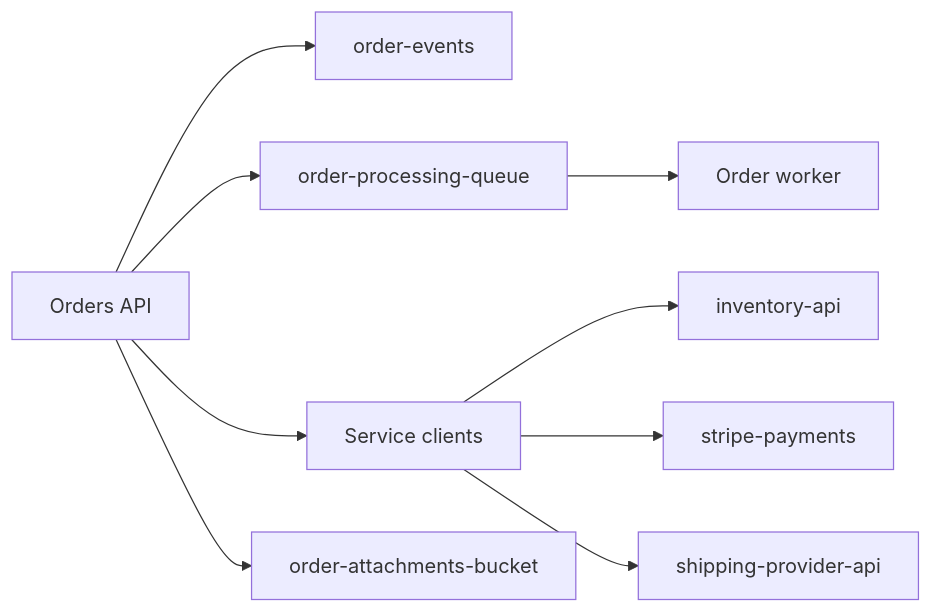
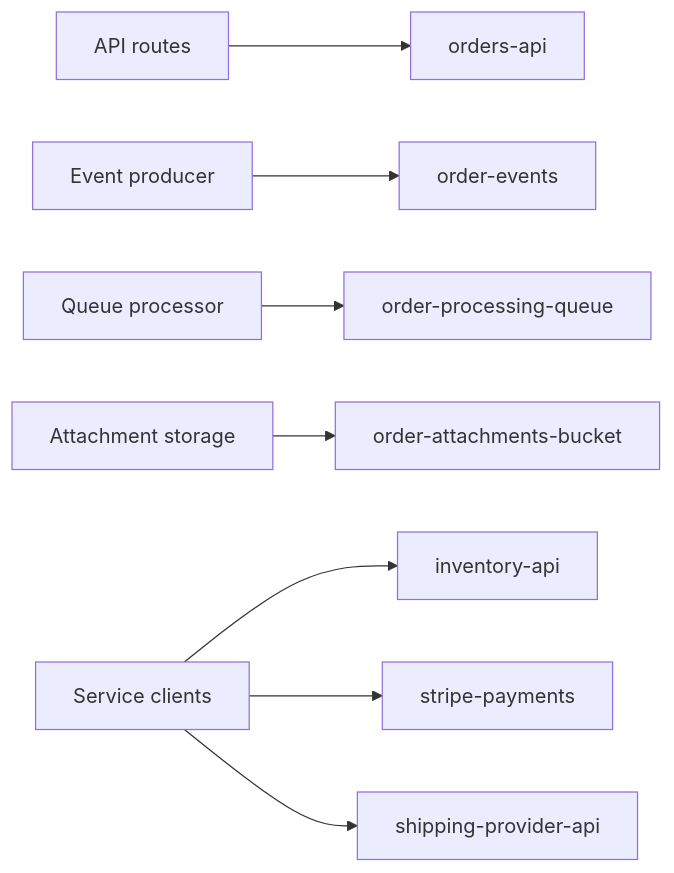
The diagram in docs/architecture.md (industrial-curiosity/panopticon-test-child-b), drawn with Mermaid before and after one commit. The commit also changed other lines of this file and 18 other files, not shown here.

````diff
--- a/docs/architecture.md
+++ b/docs/architecture.md
@@ -17,11 +19,10 @@
 ```mermaid
 flowchart LR
-  API[Orders API] --> Events[order-events]
-  API --> Queue[order-processing-queue]
-  API --> Clients[Service clients]
-  Clients --> Inventory[inventory-api]
+  API[API routes] --> OrdersAPI[orders-api]
+  Events[Event producer] --> OrderEvents[order-events]
+  Queue[Queue processor] --> OrderQueue[order-processing-queue]
+  Storage[Attachment storage] --> Attachments[order-attachments-bucket]
+  Clients[Service clients] --> Inventory[inventory-api]
   Clients --> Stripe[stripe-payments]
   Clients --> Shipping[shipping-provider-api]
-  Queue --> Worker[Order worker]
-  API --> Storage[order-attachments-bucket]
 ```
````
